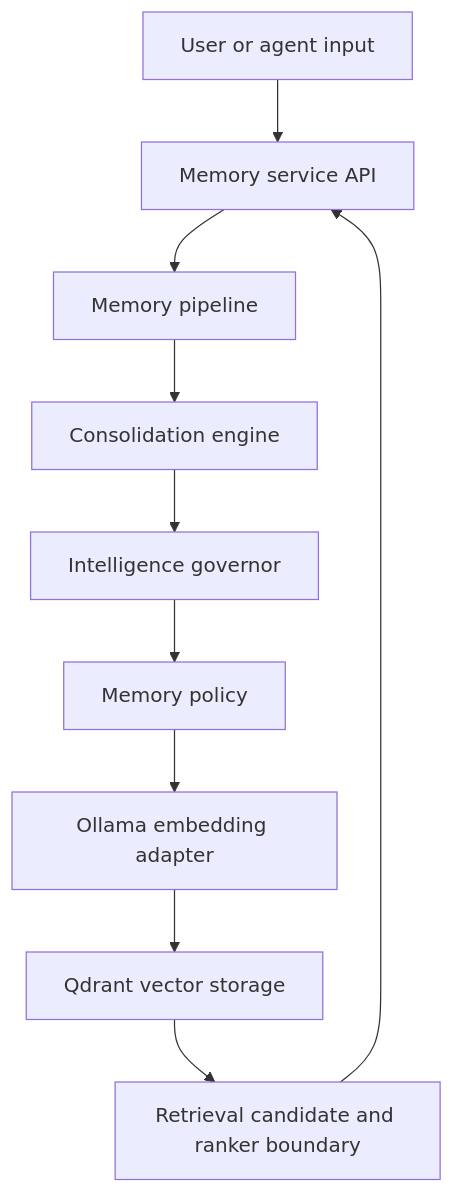
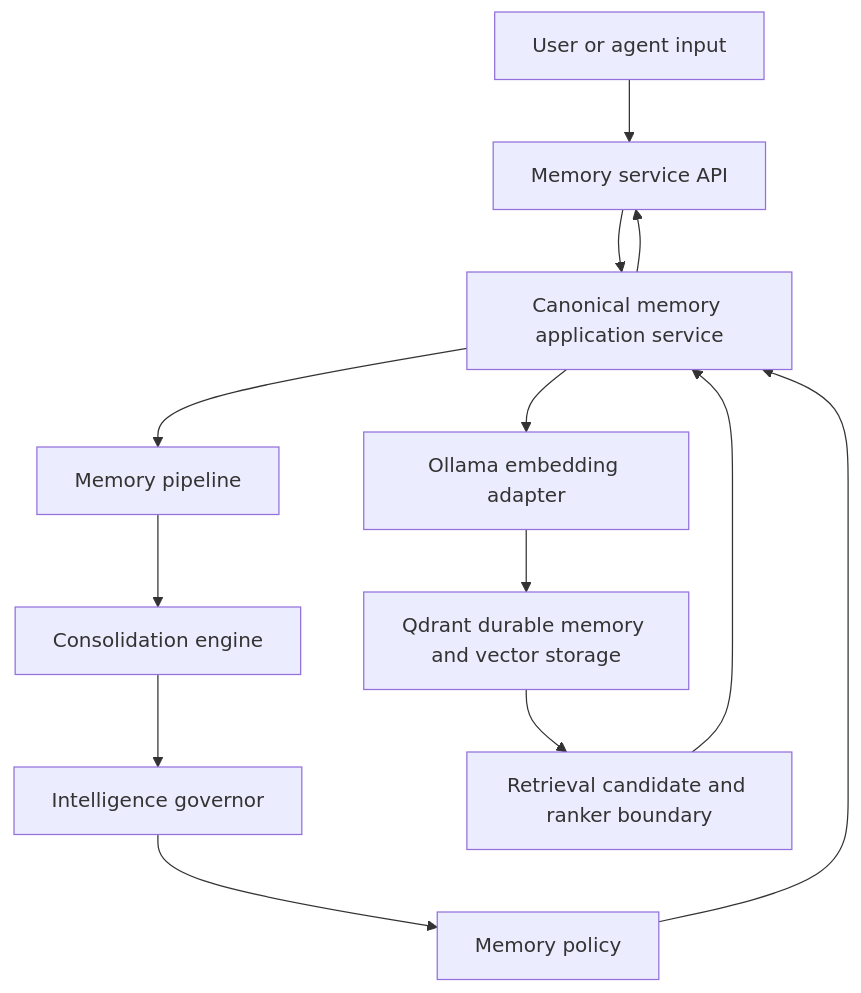
Before and after one commit to matthewart100-sys/project-jebediah: the diagram in docs/ARCHITECTURE_MEMORY_SYSTEM.md, drawn with Mermaid. The commit also changed other lines of this file and 73 other files, not shown here.

First line of the commit message:
refactor: consolidate memory runtime architecture

````diff
--- a/docs/ARCHITECTURE_MEMORY_SYSTEM.md
+++ b/docs/ARCHITECTURE_MEMORY_SYSTEM.md
@@ -14,22 +14,26 @@
 ```mermaid
 flowchart TD
     Input["User or agent input"]
     API["Memory service API"]
+    Application["Canonical memory application service"]
     Pipeline["Memory pipeline"]
     Consolidation["Consolidation engine"]
     Governor["Intelligence governor"]
     Policy["Memory policy"]
     Embeddings["Ollama embedding adapter"]
-    Qdrant["Qdrant vector storage"]
+    Qdrant["Qdrant durable memory and vector storage"]
     Retrieval["Retrieval candidate and ranker boundary"]
 
     Input --> API
-    API --> Pipeline
+    API --> Application
+    Application --> Pipeline
     Pipeline --> Consolidation
     Consolidation --> Governor
     Governor --> Policy
-    Policy --> Embeddings
+    Policy --> Application
+    Application --> Embeddings
     Embeddings --> Qdrant
     Qdrant --> Retrieval
-    Retrieval --> API
+    Retrieval --> Application
+    Application --> API
 ```
````
